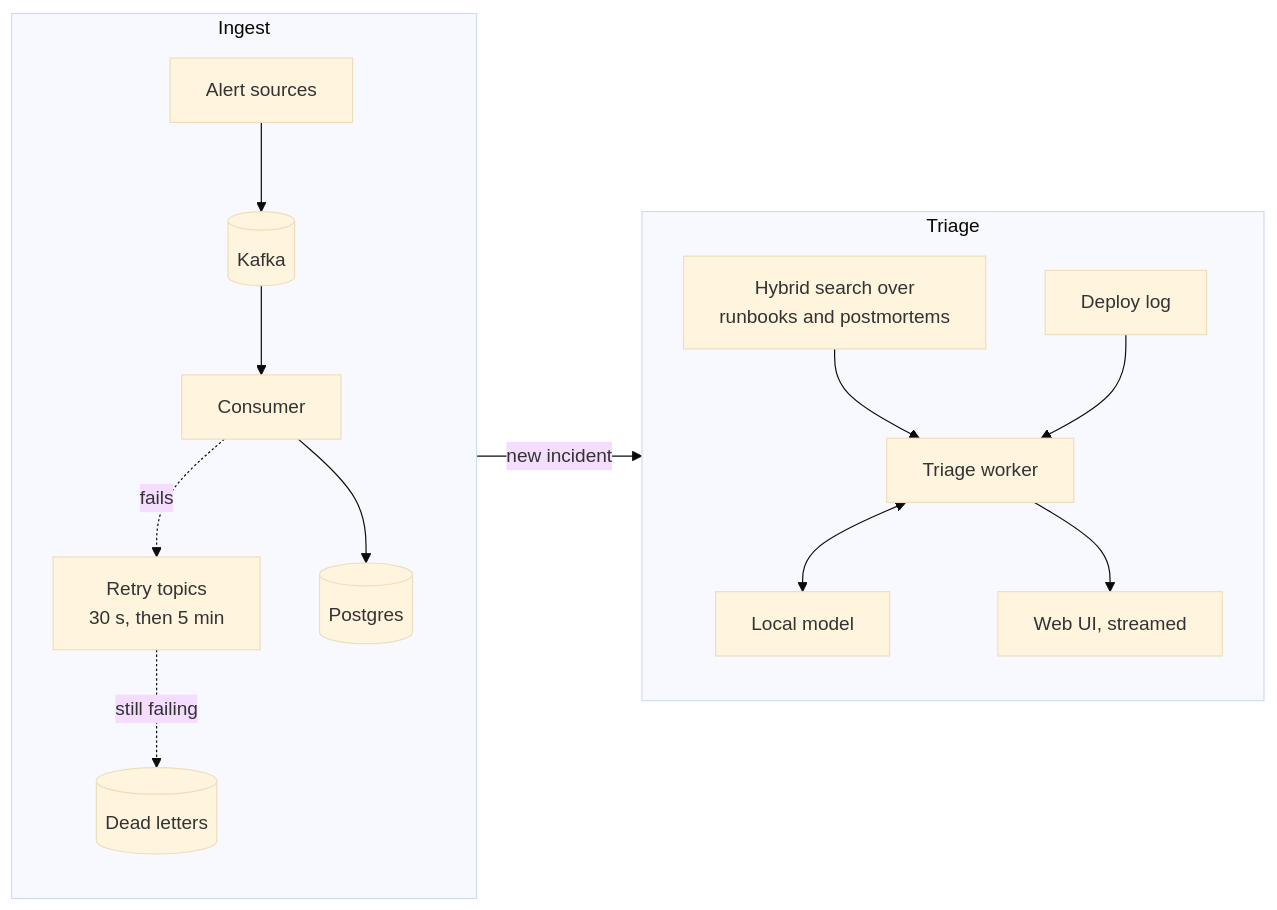
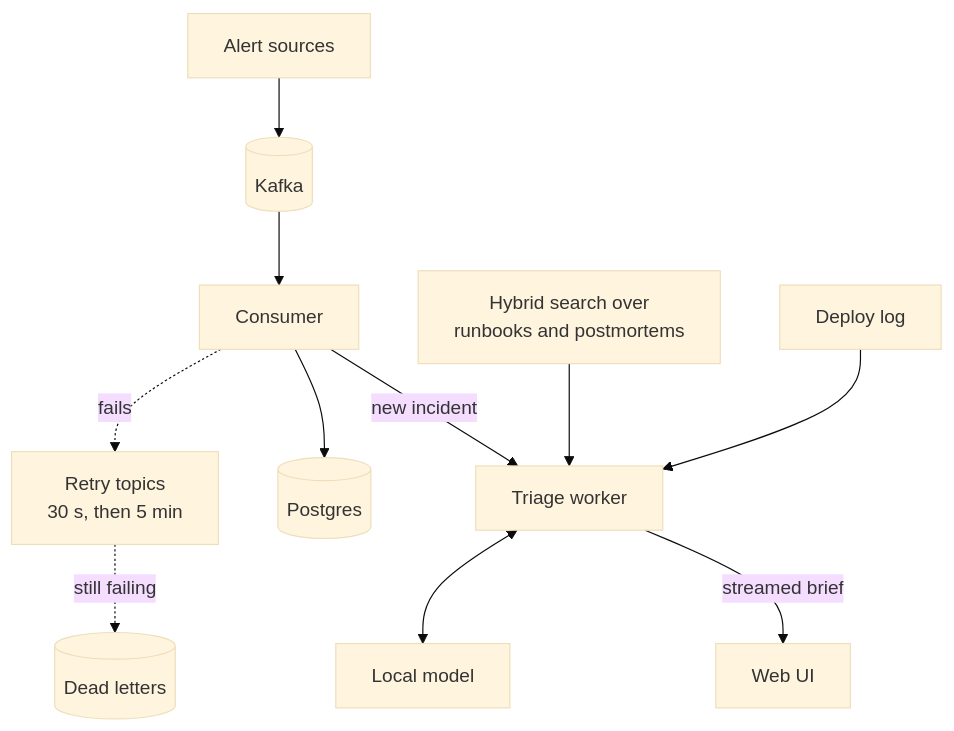
One commit to Abuubkar/pagerwise changed the diagram in README.md. Above: the diagram before and after it, drawn with Mermaid (base theme).

Commit message:
docs(readme): top-down architecture diagram

````diff
--- a/README.md
+++ b/README.md
@@ -118,19 +118,11 @@
 ```mermaid
-flowchart LR
-    subgraph ingest [Ingest]
-        direction TB
-        alerts[Alert sources] --> kafka[(Kafka)]
-        kafka --> consumer[Consumer]
-        consumer -. fails .-> retry[Retry topics<br/>30 s, then 5 min]
-        retry -. still failing .-> dlq[(Dead letters)]
-        consumer --> pg[(Postgres)]
-    end
-    subgraph triage [Triage]
-        direction TB
-        docs[Hybrid search over<br/>runbooks and postmortems] --> worker[Triage worker]
-        deploys[Deploy log] --> worker
-        worker <--> llm[Local model]
-        worker --> ui[Web UI, streamed]
-    end
-    consumer -- new incident --> worker
+flowchart TB
+    alerts[Alert sources] --> kafka[(Kafka)] --> consumer[Consumer]
+    consumer -. fails .-> retry[Retry topics<br/>30 s, then 5 min] -. still failing .-> dlq[(Dead letters)]
+    consumer --> pg[(Postgres)]
+    consumer -- new incident --> worker[Triage worker]
+    search[Hybrid search over<br/>runbooks and postmortems] --> worker
+    deploys[Deploy log] --> worker
+    worker <--> llm[Local model]
+    worker -- streamed brief --> ui[Web UI]
 ```
````
